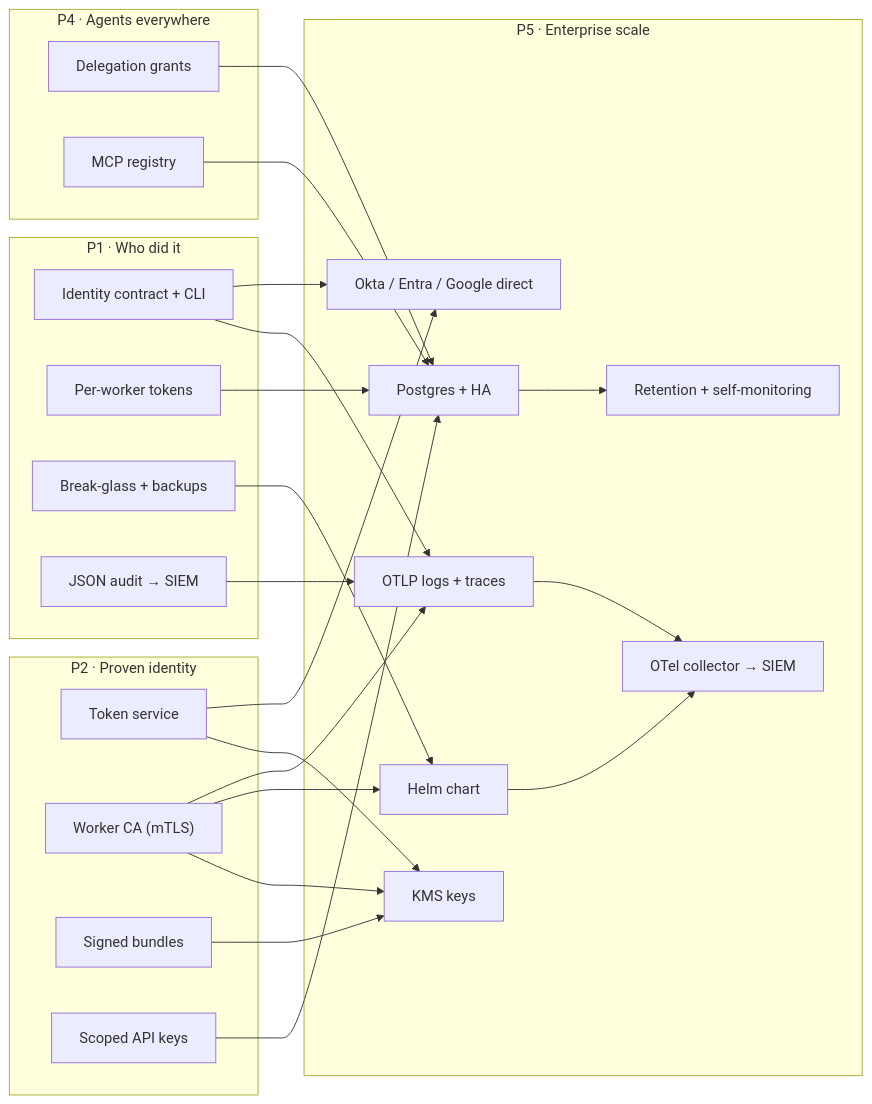
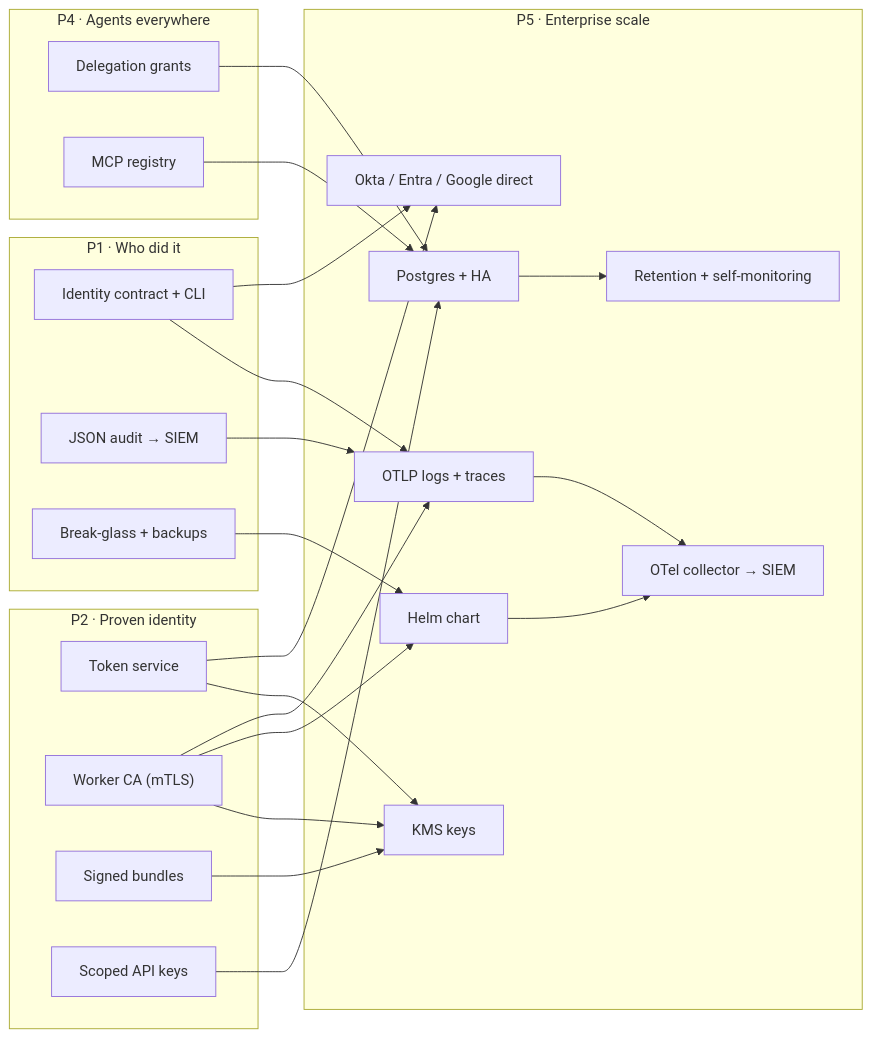
Before and after one commit to ethosagent/warden: the fifth of 5 diagrams in docs/roadmap/README.md, drawn with Mermaid. The commit also changed other lines of this file and 17 other files, not shown here.

First line of the commit message:
docs(roadmap): review Phase 1 tickets with requirements, plans and acceptance

````diff
--- a/docs/roadmap/README.md
+++ b/docs/roadmap/README.md
@@ -268,45 +266,43 @@
 ```mermaid
 flowchart LR
   subgraph ph1["P1 · Who did it"]
     p1_identity_contract["Identity contract + CLI"]
-    p1_worker_tokens["Per-worker tokens"]
+    p1_json_audit["JSON audit → SIEM"]
     p1_breakglass["Break-glass + backups"]
-    p1_json_audit["JSON audit → SIEM"]
   end
   subgraph ph2["P2 · Proven identity"]
     p2_token_service["Token service"]
     p2_worker_ca["Worker CA (mTLS)"]
     p2_signed_bundles["Signed bundles"]
     p2_api_keys["Scoped API keys"]
   end
   subgraph ph4["P4 · Agents everywhere"]
     p4_grants["Delegation grants"]
     p4_mcp_registry["MCP registry"]
   end
   subgraph ph5["P5 · Enterprise scale"]
     p5_idp_adapters["Okta / Entra / Google direct"]
     p5_postgres_ha["Postgres + HA"]
     p5_otlp["OTLP logs + traces"]
     p5_helm["Helm chart"]
     p5_kms["KMS keys"]
     p5_retention["Retention + self-monitoring"]
     p5_siem["OTel collector → SIEM"]
   end
   p1_identity_contract --> p5_idp_adapters
   p2_token_service --> p5_idp_adapters
-  p1_worker_tokens --> p5_postgres_ha
   p2_api_keys --> p5_postgres_ha
   p4_grants --> p5_postgres_ha
   p4_mcp_registry --> p5_postgres_ha
   p1_json_audit --> p5_otlp
   p1_identity_contract --> p5_otlp
   p2_worker_ca --> p5_otlp
   p2_worker_ca --> p5_helm
   p1_breakglass --> p5_helm
   p2_worker_ca --> p5_kms
   p2_signed_bundles --> p5_kms
   p2_token_service --> p5_kms
   p5_postgres_ha --> p5_retention
   p5_otlp --> p5_siem
   p5_helm --> p5_siem
 ```
````
